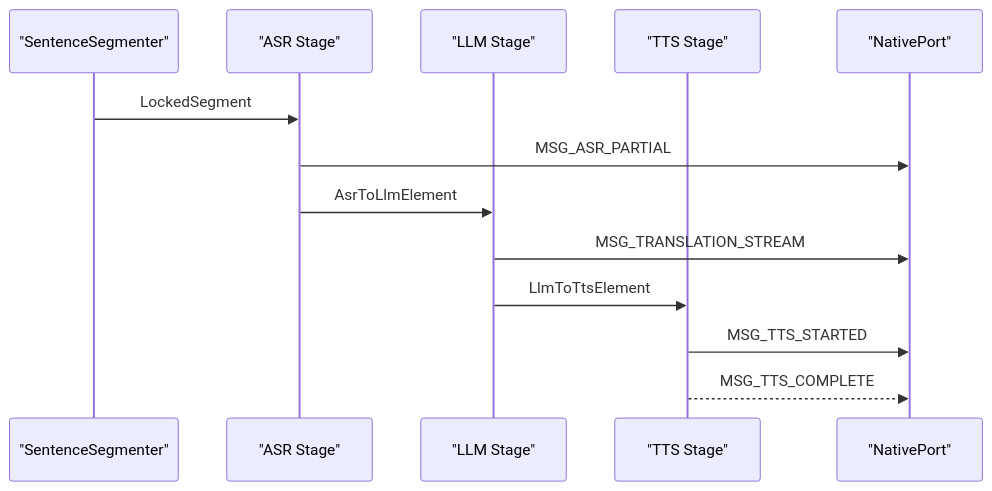
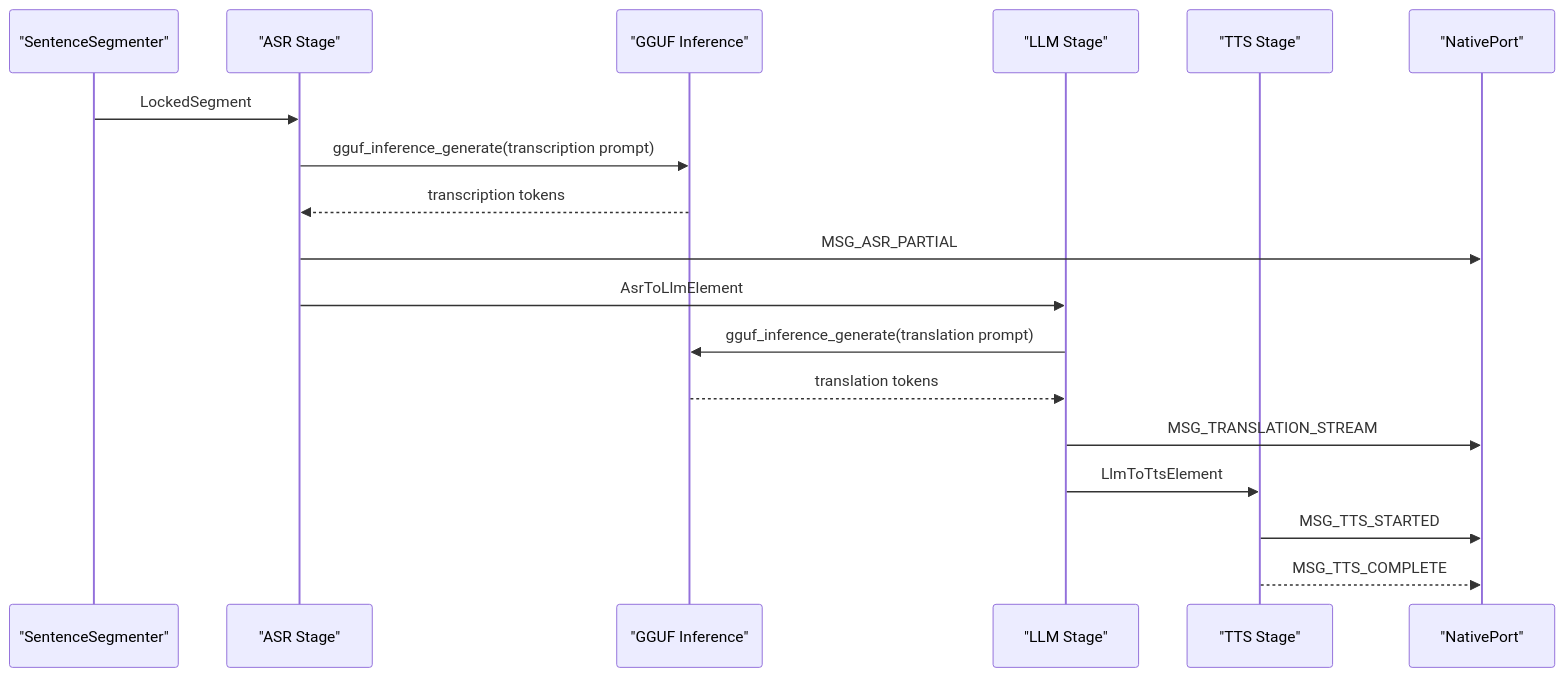
One commit to iMyth/QwenEcho changed the eighth of 9 diagrams in .qoder/repowiki/en/content/Native Engine Core/Native Engine Core.md. Above: the diagram before and after it, drawn with Mermaid. The commit also changed other lines of this file and 129 other files, not shown here.

````diff
--- a/.qoder/repowiki/en/content/Native Engine Core/Native Engine Core.md
+++ b/.qoder/repowiki/en/content/Native Engine Core/Native Engine Core.md
@@ -384,15 +497,20 @@
 ```mermaid
 sequenceDiagram
 participant SEG as "SentenceSegmenter"
 participant ASR as "ASR Stage"
+participant GGUF as "GGUF Inference"
 participant LLM as "LLM Stage"
 participant TTS as "TTS Stage"
 participant NP as "NativePort"
 SEG->>ASR : LockedSegment
+ASR->>GGUF : gguf_inference_generate(transcription prompt)
+GGUF-->>ASR : transcription tokens
 ASR->>NP : MSG_ASR_PARTIAL
 ASR->>LLM : AsrToLlmElement
+LLM->>GGUF : gguf_inference_generate(translation prompt)
+GGUF-->>LLM : translation tokens
 LLM->>NP : MSG_TRANSLATION_STREAM
 LLM->>TTS : LlmToTtsElement
 TTS->>NP : MSG_TTS_STARTED
 TTS-->>NP : MSG_TTS_COMPLETE
 ```
````
